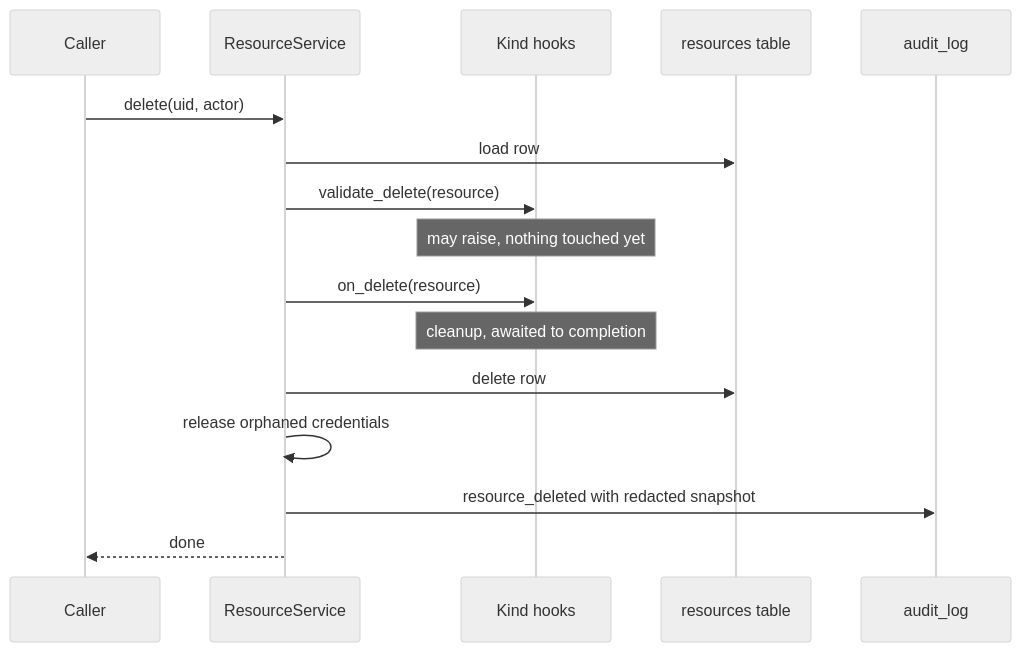
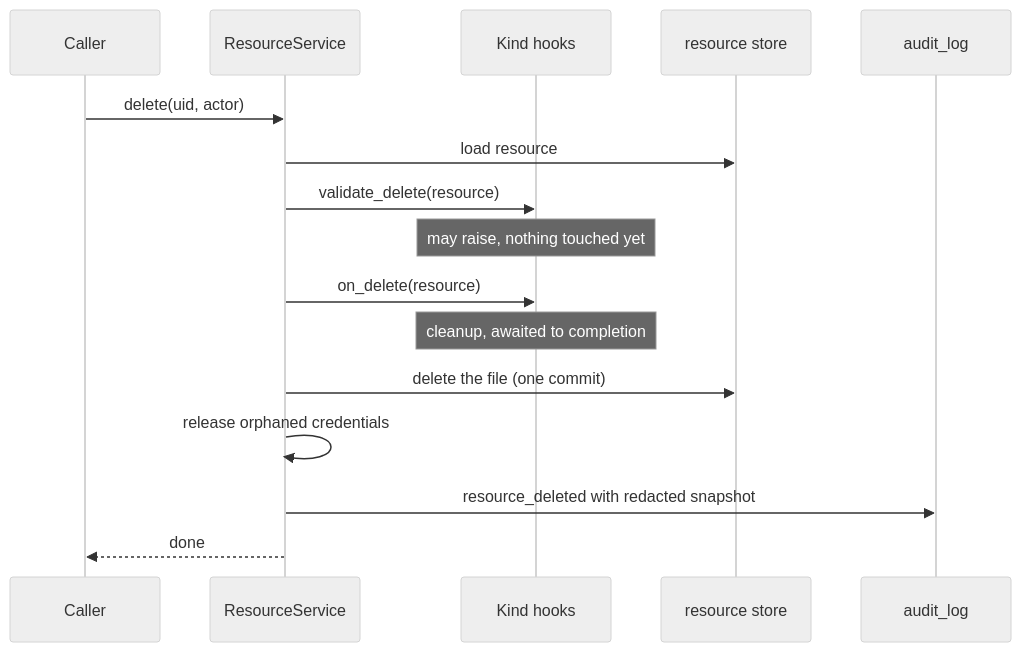
Before and after one commit to wyx-sg/Coffer: the diagram in docs-site/architecture/resource-framework.md, drawn with Mermaid (neutral theme). The commit also changed other lines of this file and 88 other files, not shown here.

````diff
--- a/docs-site/architecture/resource-framework.md
+++ b/docs-site/architecture/resource-framework.md
@@ -131,18 +131,18 @@
 ```mermaid
 sequenceDiagram
   participant C as Caller
   participant S as ResourceService
   participant K as Kind hooks
-  participant R as resources table
+  participant R as resource store
   participant A as audit_log
   C->>S: delete(uid, actor)
-  S->>R: load row
+  S->>R: load resource
   S->>K: validate_delete(resource)
   Note over K: may raise, nothing touched yet
   S->>K: on_delete(resource)
   Note over K: cleanup, awaited to completion
-  S->>R: delete row
+  S->>R: delete the file (one commit)
   S->>S: release orphaned credentials
   S->>A: resource_deleted with redacted snapshot
   S-->>C: done
 ```
````
